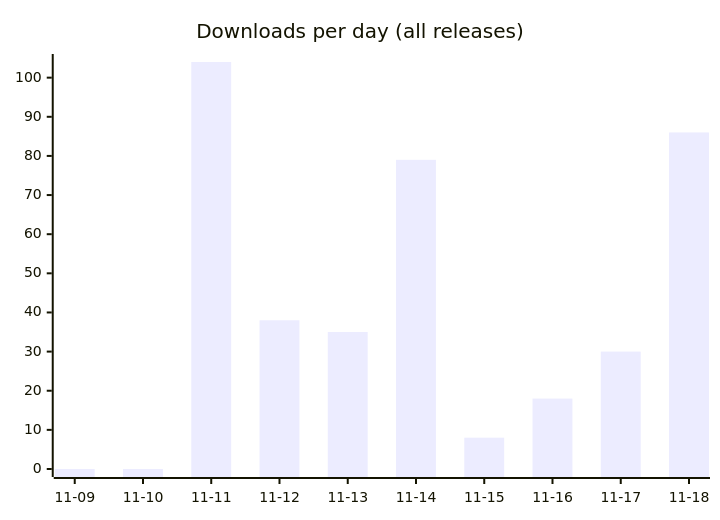
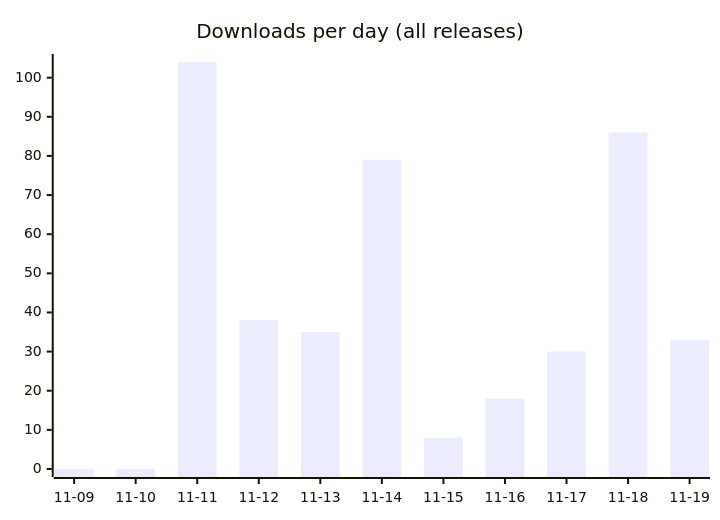
The first of 2 diagrams in README.md (fmadore/Kalamu), drawn with Mermaid before and after one commit. The commit also changed other lines of this file and 3 other files, not shown here.

````diff
--- a/README.md
+++ b/README.md
@@ -45,6 +46,6 @@
 ```mermaid
 xychart-beta
     title "Downloads per day (all releases)"
-    x-axis ["11-09", "11-10", "11-11", "11-12", "11-13", "11-14", "11-15", "11-16", "11-17", "11-18"]
-    bar [0, 0, 104, 38, 35, 79, 8, 18, 30, 86]
+    x-axis ["11-09", "11-10", "11-11", "11-12", "11-13", "11-14", "11-15", "11-16", "11-17", "11-18", "11-19"]
+    bar [0, 0, 104, 38, 35, 79, 8, 18, 30, 86, 33]
 ```
````
